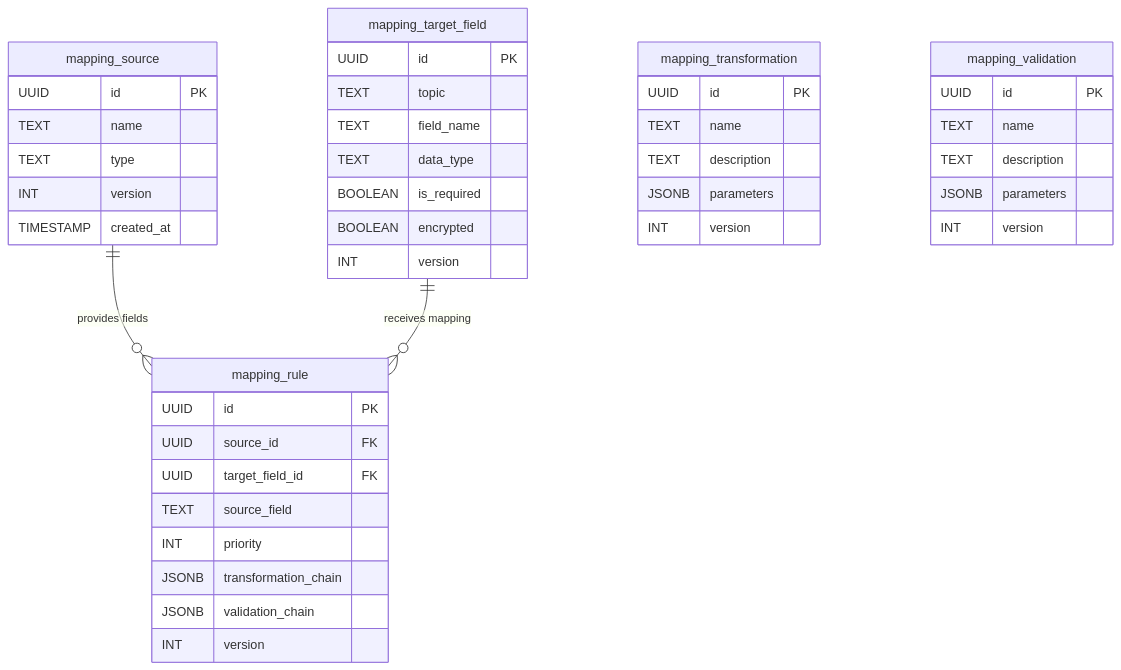
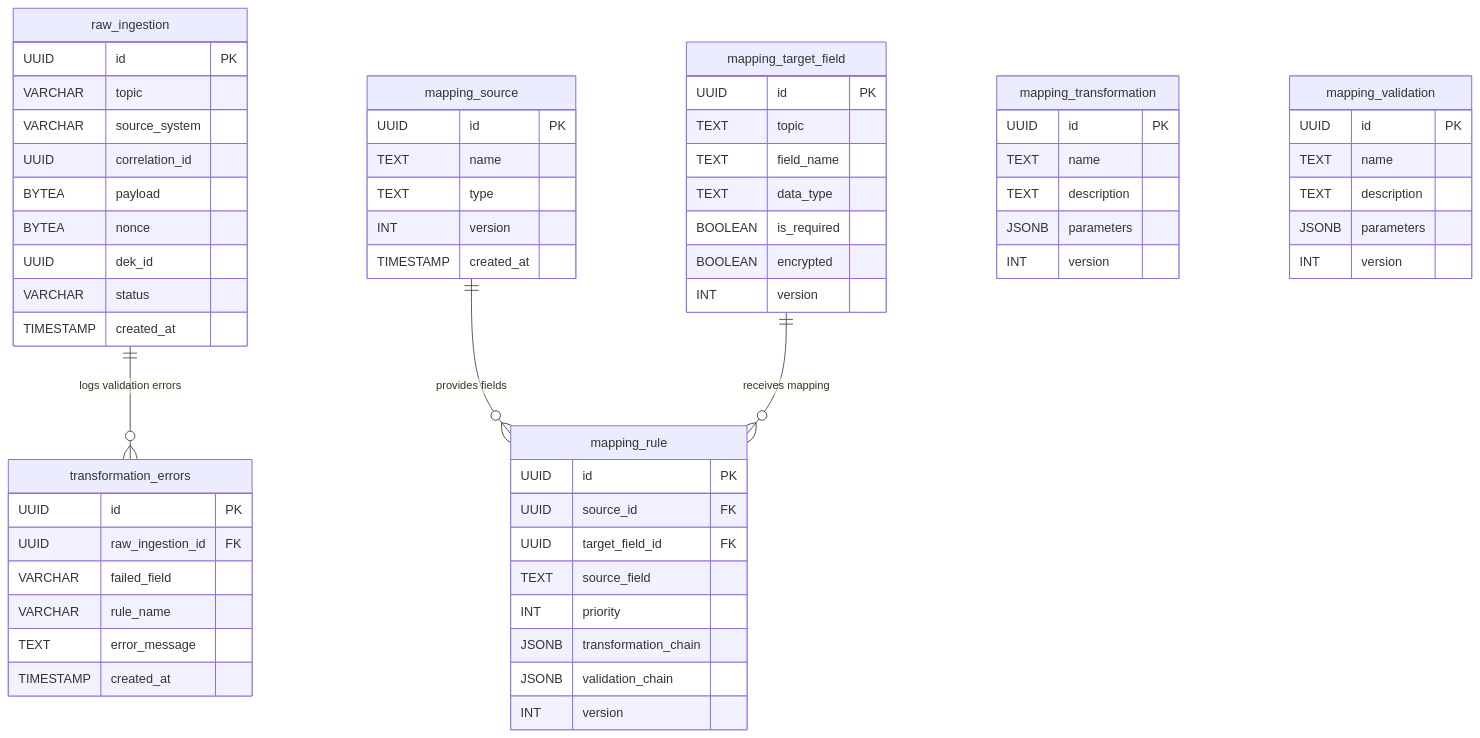
Before and after one commit to Zheng-Bote/mitm-2: the second of 3 diagrams in transformation-layer/README.md, drawn with Mermaid. The commit also changed other lines of this file, not shown here.

Commit message:
docs: update transformation-layer README.md ERD with transformation_errors DLQ table

````diff
--- a/transformation-layer/README.md
+++ b/transformation-layer/README.md
@@ -41,50 +41,72 @@
 ```mermaid
 erDiagram
+    raw_ingestion {
+        UUID id PK
+        VARCHAR topic
+        VARCHAR source_system
+        UUID correlation_id
+        BYTEA payload
+        BYTEA nonce
+        UUID dek_id
+        VARCHAR status
+        TIMESTAMP created_at
+    }
+
+    transformation_errors {
+        UUID id PK
+        UUID raw_ingestion_id FK
+        VARCHAR failed_field
+        VARCHAR rule_name
+        TEXT error_message
+        TIMESTAMP created_at
+    }
+
     mapping_source {
         UUID id PK
         TEXT name
         TEXT type
         INT version
         TIMESTAMP created_at
     }
 
     mapping_target_field {
         UUID id PK
         TEXT topic
         TEXT field_name
         TEXT data_type
         BOOLEAN is_required
         BOOLEAN encrypted
         INT version
     }
 
     mapping_rule {
         UUID id PK
         UUID source_id FK
         UUID target_field_id FK
         TEXT source_field
         INT priority
         JSONB transformation_chain
         JSONB validation_chain
         INT version
     }
 
     mapping_transformation {
         UUID id PK
         TEXT name
         TEXT description
         JSONB parameters
         INT version
     }
 
     mapping_validation {
         UUID id PK
         TEXT name
         TEXT description
         JSONB parameters
         INT version
     }
 
+    raw_ingestion ||--o{ transformation_errors : "logs validation errors"
     mapping_source ||--o{ mapping_rule : "provides fields"
     mapping_target_field ||--o{ mapping_rule : "receives mapping"
 ```
````
